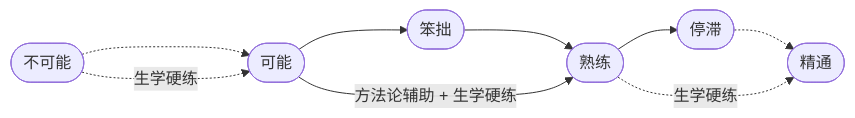
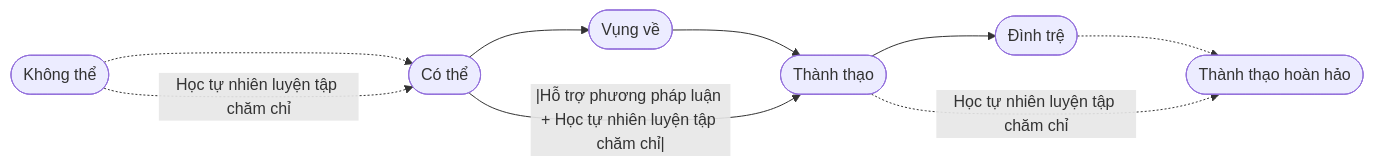
Before and after one commit to nthung2112/everyone-can-use-english: the third of 4 diagrams in 1000-hours/vi/self-training/03-trials-and-errors.md, drawn with Mermaid. The commit also changed other lines of this file and 8 other files, not shown here.

````diff
--- a/1000-hours/vi/self-training/03-trials-and-errors.md
+++ b/1000-hours/vi/self-training/03-trials-and-errors.md
@@ -59,8 +59,8 @@
 ```mermaid
 flowchart LR
 
-impossible([不可能])-..->possible([可能])-->clumsiness([笨拙])-->adaptness([熟练])-->plateau([停滞])-.->mastery([精通])
-possible-->|方法论辅助 + 生学硬练|adaptness
-impossible-.->|生学硬练|possible
-adaptness-.->|生学硬练|mastery
+impossible([Không thể]) -..-> possible([Có thể]) --> clumsiness([Vụng về]) --> adaptness([Thành thạo]) --> plateau([Đình trệ]) -.-> mastery([Thành thạo hoàn hảo])
+possible --|Hỗ trợ phương pháp luận + Học tự nhiên luyện tập chăm chỉ|--> adaptness
+impossible -.-> |Học tự nhiên luyện tập chăm chỉ| possible
+adaptness -.-> |Học tự nhiên luyện tập chăm chỉ| mastery
 ```
````
